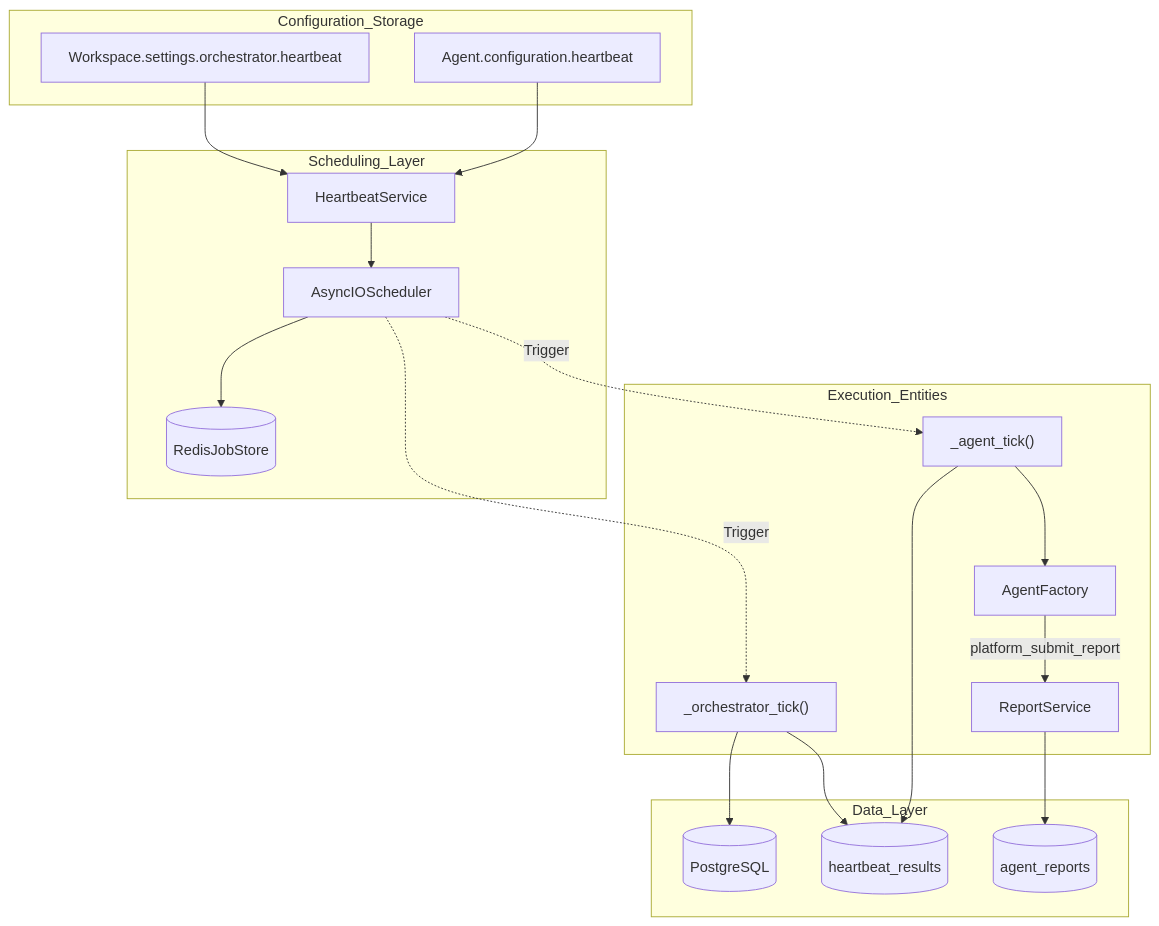
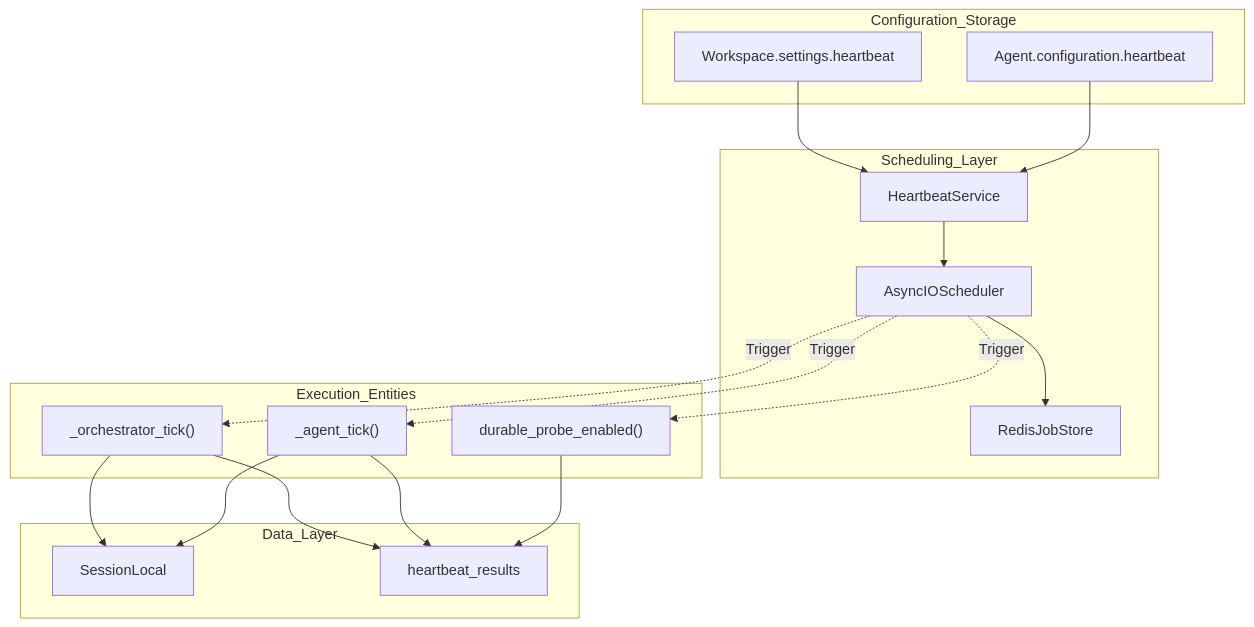
The first of 2 diagrams in docs/heartbeat-proactive-assistant/heartbeat-architecture.md (AutomatosAI/automatos-ai), drawn with Mermaid before and after one commit. The commit also changed other lines of this file and 191 other files, not shown here.

````diff
--- a/docs/heartbeat-proactive-assistant/heartbeat-architecture.md
+++ b/docs/heartbeat-proactive-assistant/heartbeat-architecture.md
@@ -38,43 +43,40 @@
 ```mermaid
 graph TB
     subgraph "Scheduling_Layer"
         HBS["HeartbeatService"]
         APS["AsyncIOScheduler"]
-        RedisStore[("RedisJobStore")]
+        RedisStore["RedisJobStore"]
     end
     
     subgraph "Configuration_Storage"
-        WSSettings["Workspace.settings.orchestrator.heartbeat"]
+        WSSettings["Workspace.settings.heartbeat"]
         AgentConfig["Agent.configuration.heartbeat"]
     end
     
     subgraph "Execution_Entities"
         OrchTick["_orchestrator_tick()"]
         AgentTick["_agent_tick()"]
-        AF["AgentFactory"]
-        RS["ReportService"]
+        DP["durable_probe_enabled()"]
     end
     
     subgraph "Data_Layer"
-        DB[("PostgreSQL")]
-        HBResults[("heartbeat_results")]
-        AgentReports[("agent_reports")]
+        DB["SessionLocal"]
+        HBResults["heartbeat_results"]
     end
     
     WSSettings --> HBS
     AgentConfig --> HBS
     HBS --> APS
     APS --> RedisStore
     
     APS -.->|"Trigger"| OrchTick
     APS -.->|"Trigger"| AgentTick
+    APS -.->|"Trigger"| DP
     
     OrchTick --> DB
-    AgentTick --> AF
+    AgentTick --> DB
     
     OrchTick --> HBResults
     AgentTick --> HBResults
-    
-    AF -->|"platform_submit_report"| RS
-    RS --> AgentReports
+    DP --> HBResults
 ```
````
